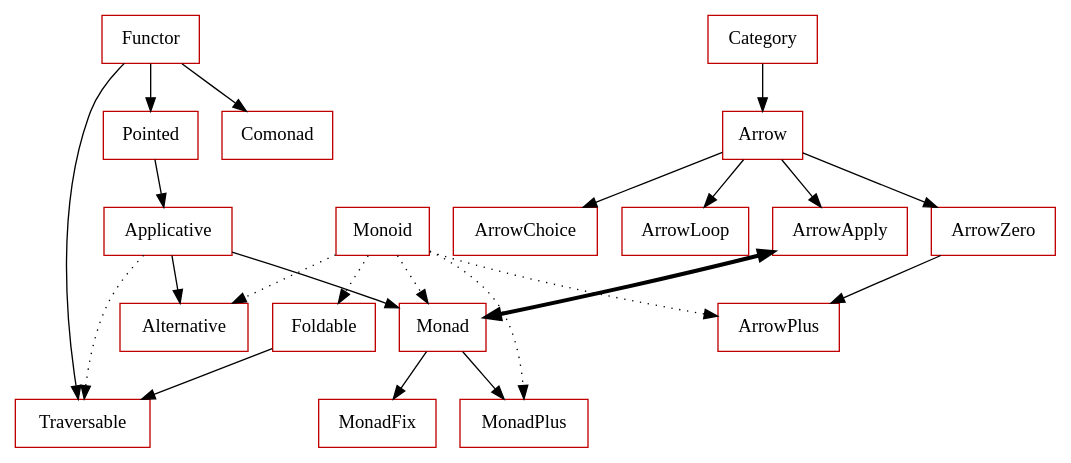
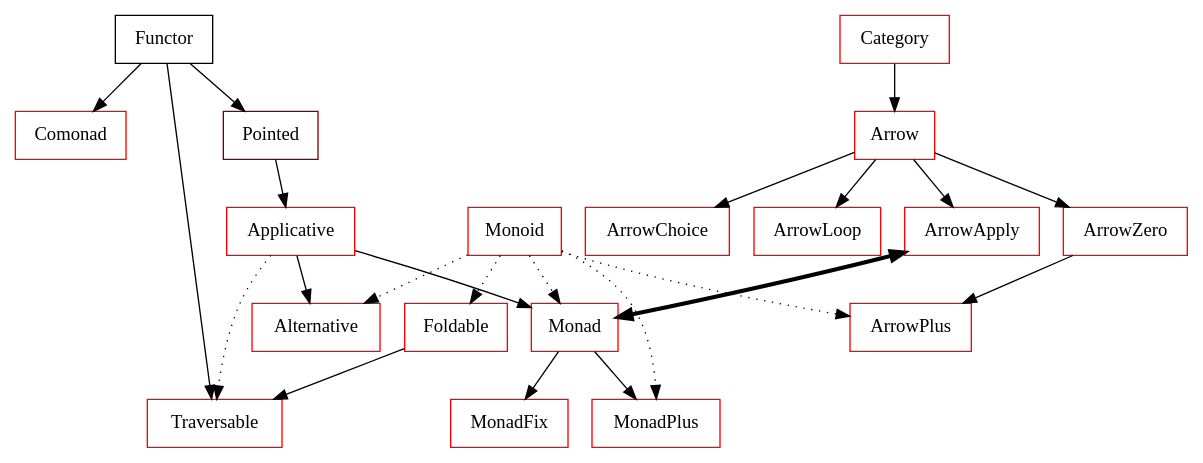
Before and after one commit to glug/coq-classtests: the diagram in deps.dot, drawn with Graphviz. The commit also changed 4 other files, not shown here.

```diff
--- a/deps.dot
+++ b/deps.dot
@@ -1,60 +1,61 @@
 /* dependencies between different Type Classes */
 /* vim: set tw=76 ts=4 et : */
 digraph TypeClasses {
 
     node [shape="box"];
-    node [color="#c00000"];
-    Functor;
-    Pointed;
+    node [color="#ff0000"];
     Comonad;
     Applicative;
     Monoid;
     Category;
     Alternative;
     Foldable;
     Arrow;
     ArrowZero;
     ArrowPlus;
     Traversable;
     MonadFix;
     MonadPlus;
     ArrowChoice;
     ArrowLoop;
     Monad;
     ArrowApply;
+    node [color="#800000"];
+    Pointed;
     node [color="black"];
+    Functor;
 
     Functor -> Pointed;
     Functor -> Comonad;
     Functor -> Traversable;
 
     Pointed -> Applicative;
 
     Applicative -> Alternative;
     Applicative -> Monad;
     Applicative -> Traversable [style="dotted"];
 
     Monad -> MonadFix;
     Monad -> MonadPlus;
     Monad -> ArrowApply [dir="both",penwidth=3.0,constraint="false"];
 
     Category -> Arrow;
 
     Arrow -> ArrowZero;
     Arrow -> ArrowApply;
     Arrow -> ArrowChoice;
     Arrow -> ArrowLoop;
 
     ArrowZero -> ArrowPlus;
 
     Foldable -> Traversable;
 
     edge [style="dotted"];
 
     Monoid -> Alternative;
     Monoid -> Foldable;
     Monoid -> Monad;
     Monoid -> MonadPlus;
     Monoid -> ArrowPlus;
 
 }
```
